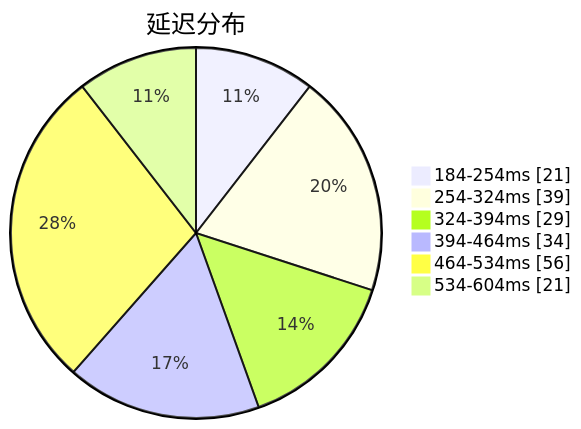
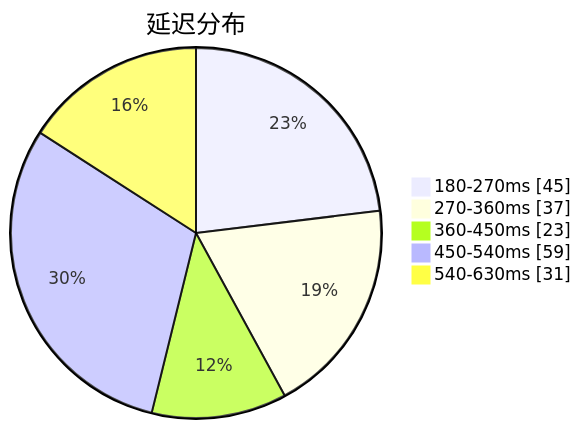
The first of 3 diagrams in subs/statistics/tested_within.md (qjlxg/airport), drawn with Mermaid before and after one commit. The commit also changed other lines of this file and 2 other files, not shown here.

````diff
--- a/subs/statistics/tested_within.md
+++ b/subs/statistics/tested_within.md
@@ -2,10 +2,9 @@
 ```mermaid
 pie showData
 title 延迟分布
-"184-254ms" : 21
-"254-324ms" : 39
-"324-394ms" : 29
-"394-464ms" : 34
-"464-534ms" : 56
-"534-604ms" : 21
+"180-270ms" : 45
+"270-360ms" : 37
+"360-450ms" : 23
+"450-540ms" : 59
+"540-630ms" : 31
 ```
````
